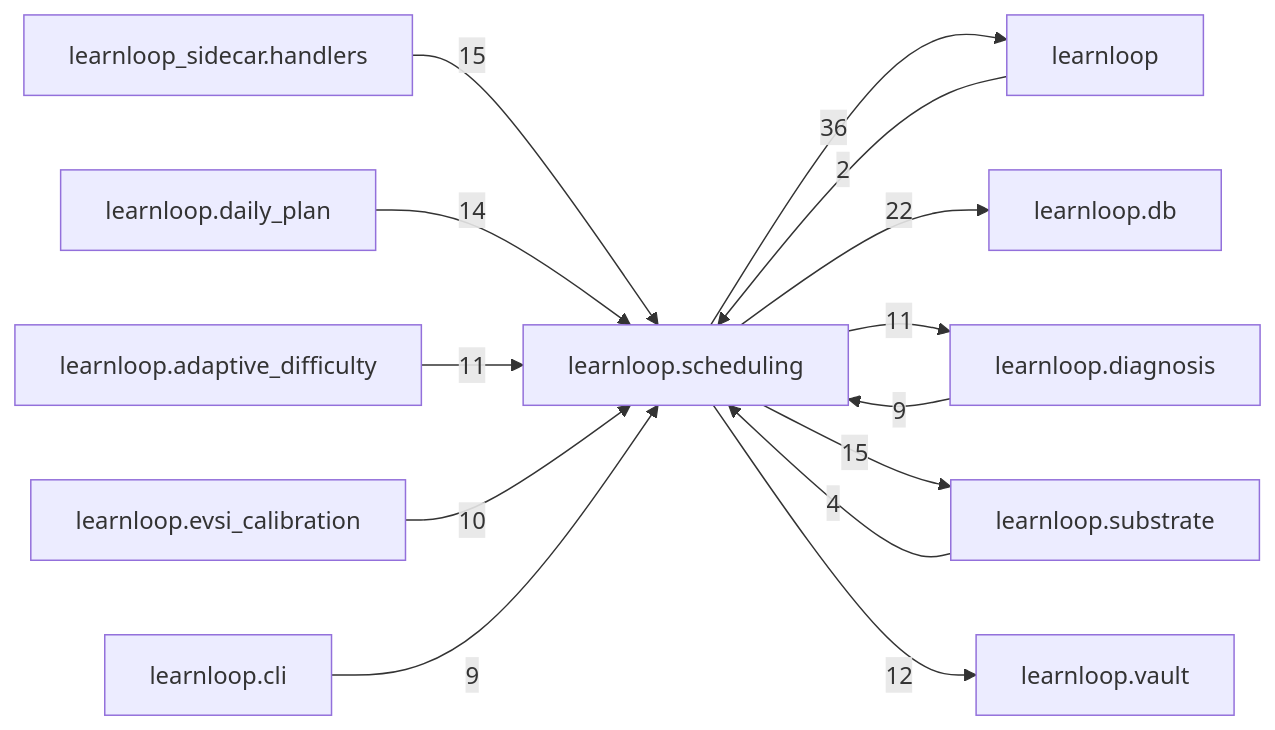
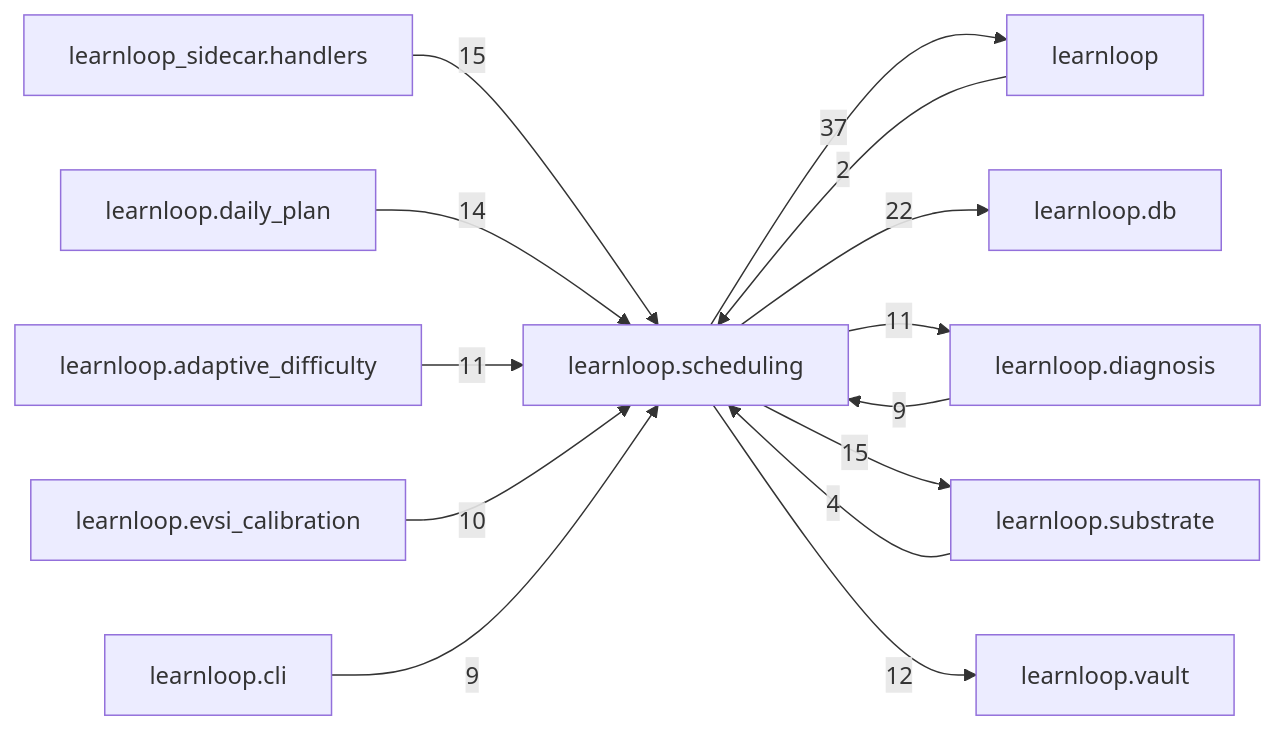
One commit to 6up-b/learnanything changed the diagram in docs/learnloop-architecture-vault/Reference/Modules/learnloop/scheduling/_package.md. Above: the diagram before and after it, drawn with Mermaid. The commit also changed other lines of this file and 17 other files, not shown here.

````diff
--- a/docs/learnloop-architecture-vault/Reference/Modules/learnloop/scheduling/_package.md
+++ b/docs/learnloop-architecture-vault/Reference/Modules/learnloop/scheduling/_package.md
@@ -172,27 +172,27 @@
 ```mermaid
 flowchart LR
     center["learnloop.scheduling"]
     n_learnloop["learnloop"]
     n_learnloop_db["learnloop.db"]
     n_learnloop_diagnosis["learnloop.diagnosis"]
     n_learnloop_substrate["learnloop.substrate"]
     n_learnloop_sidecar_handlers["learnloop_sidecar.handlers"]
     n_learnloop_daily_plan["learnloop.daily_plan"]
     n_learnloop_vault["learnloop.vault"]
     n_learnloop_adaptive_difficulty["learnloop.adaptive_difficulty"]
     n_learnloop_evsi_calibration["learnloop.evsi_calibration"]
     n_learnloop_cli["learnloop.cli"]
     n_learnloop -->|2| center
-    center -->|36| n_learnloop
+    center -->|37| n_learnloop
     center -->|22| n_learnloop_db
     n_learnloop_diagnosis -->|9| center
     center -->|11| n_learnloop_diagnosis
     n_learnloop_substrate -->|4| center
     center -->|15| n_learnloop_substrate
     n_learnloop_sidecar_handlers -->|15| center
     n_learnloop_daily_plan -->|14| center
     center -->|12| n_learnloop_vault
     n_learnloop_adaptive_difficulty -->|11| center
     n_learnloop_evsi_calibration -->|10| center
     n_learnloop_cli -->|9| center
 ```
````
